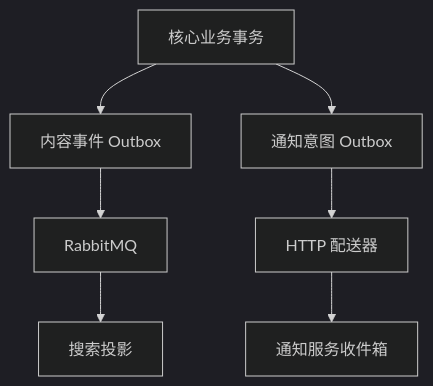
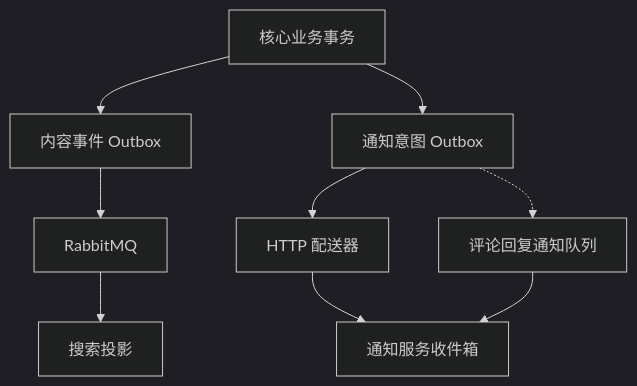
The diagram in docs/architecture/07-消息事件与Outbox设计.md (17356085/MagicAlbum), drawn with Mermaid (dark theme) before and after one commit. The commit also changed other lines of this file and 27 other files, not shown here.

````diff
--- a/docs/architecture/07-消息事件与Outbox设计.md
+++ b/docs/architecture/07-消息事件与Outbox设计.md
@@ -18,9 +18,11 @@
 ```mermaid
 flowchart TB
     C["核心业务事务"] --> E["内容事件 Outbox"]
     C --> N["通知意图 Outbox"]
     E --> R["RabbitMQ"]
     R --> S["搜索投影"]
     N --> H["HTTP 配送器"]
     H --> I["通知服务收件箱"]
+    N -.-> Q["评论回复通知队列"]
+    Q --> I
 ```
````
